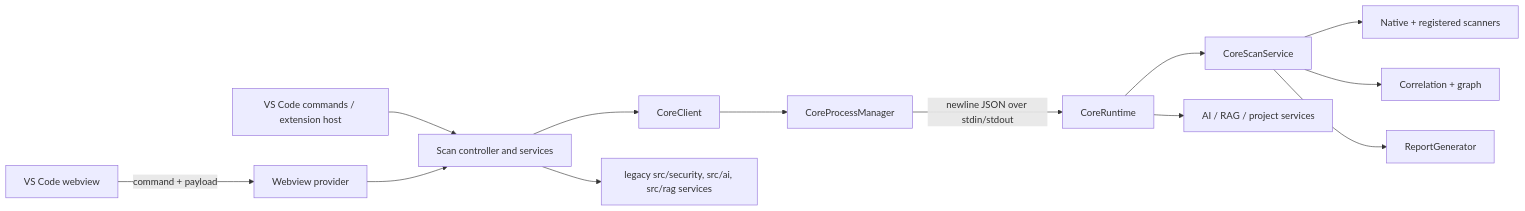
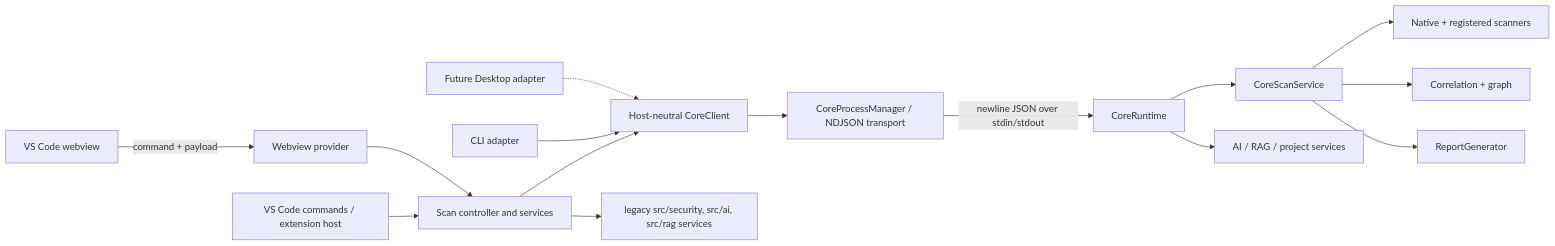
Before and after one commit to Aqiron-Security/aqiron-security: the first of 3 diagrams in docs/architecture/aqiron-core.md, drawn with Mermaid. The commit also changed other lines of this file and 16 other files, not shown here.

Commit message:
refactor(core): extract host-neutral client (#37)

````diff
--- a/docs/architecture/aqiron-core.md
+++ b/docs/architecture/aqiron-core.md
@@ -12,15 +12,17 @@
 ```mermaid
 flowchart LR
   UI[VS Code webview] -->|command + payload| VP[Webview provider]
   VS[VS Code commands / extension host] --> SC[Scan controller and services]
   VP --> SC
-  SC --> CC[CoreClient]
-  CC --> PM[CoreProcessManager]
+  SC --> CC[Host-neutral CoreClient]
+  CLI[CLI adapter] --> CC
+  DESK[Future Desktop adapter] -.-> CC
+  CC --> PM[CoreProcessManager / NDJSON transport]
   PM -->|newline JSON over stdin/stdout| RT[CoreRuntime]
   RT --> ORCH[CoreScanService]
   ORCH --> SCAN[Native + registered scanners]
   ORCH --> COR[Correlation + graph]
   ORCH --> REP[ReportGenerator]
   RT --> AI[AI / RAG / project services]
   SC --> LEG[legacy src/security, src/ai, src/rag services]
 ```
````
